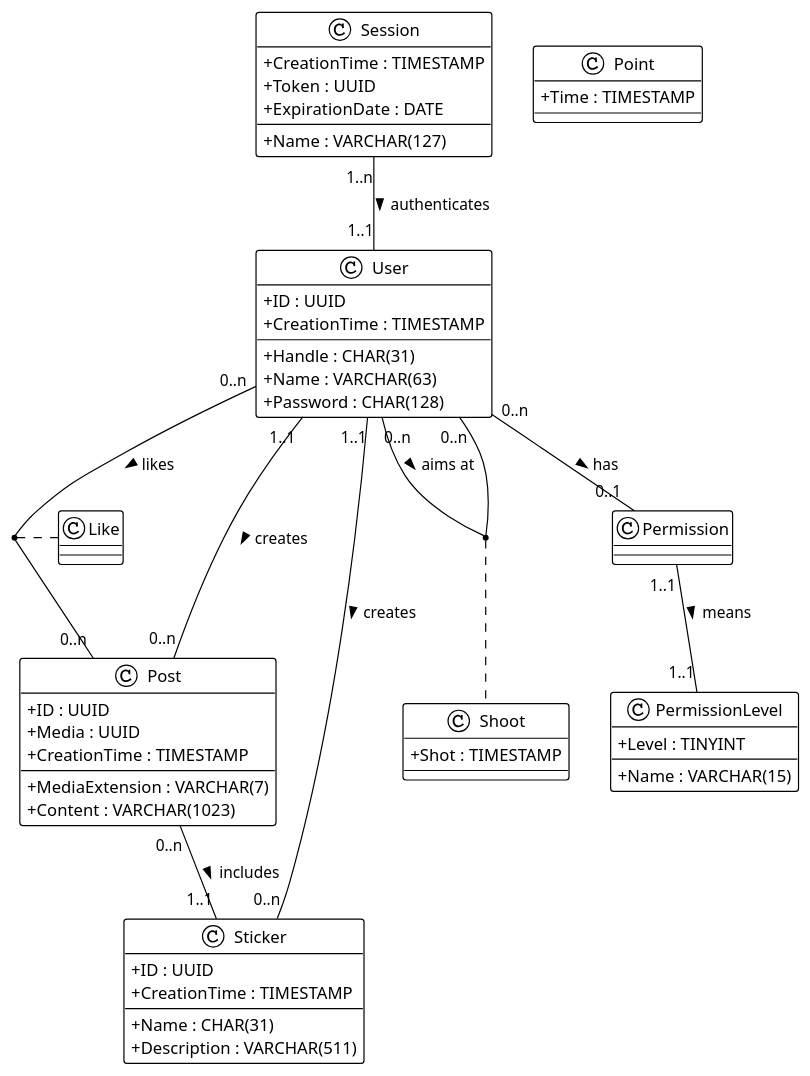
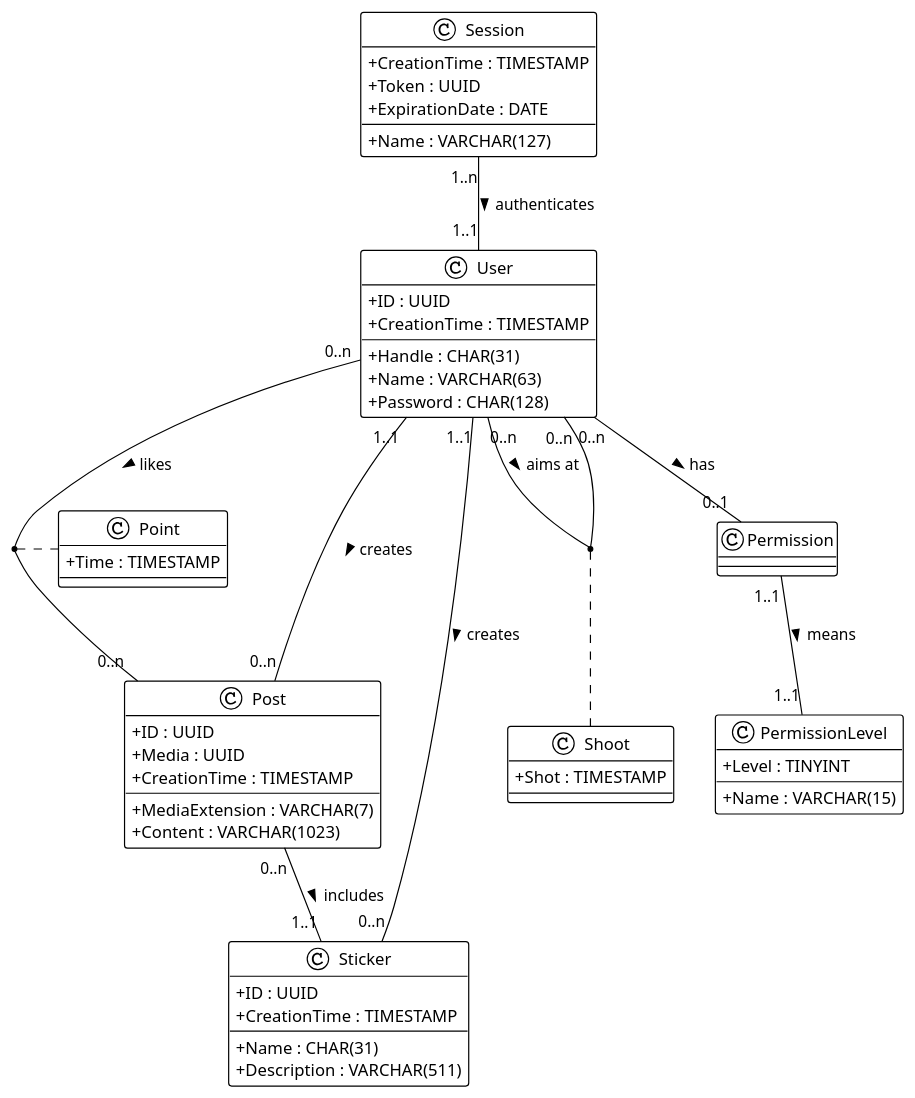
Before and after one commit to luca-baeck/Soziales-Netzwerk: the diagram in doc/hiddlestick.puml, drawn with PlantUML. The commit also changed 1 other file, not shown here.

Commit message:
Corrected the UML diagram by replacing Like with Point

```diff
--- a/doc/hiddlestick.puml
+++ b/doc/hiddlestick.puml
@@ -1,87 +1,87 @@
 @startuml hiddlestick
 
 !theme plain
 skinparam ClassAttributeIconSize 0
 
 class User{
     + ID : UUID
     + Handle : CHAR(31)
     + Name : VARCHAR(63)
     + Password : CHAR(128)
     + CreationTime : TIMESTAMP
 }
 
 class Post{
     + ID : UUID
     /'
     /+ CreatorID : UUID
     /+ StickerID : UUID
     '/
     + Media : UUID
     + MediaExtension : VARCHAR(7)
     + Content : VARCHAR(1023)
     + CreationTime : TIMESTAMP
 }
 
 class Sticker{
     + ID : UUID
     + Name : CHAR(31)
     /'
     /+ CreatorID : UUID
     '/
     + Description : VARCHAR(511)
     + CreationTime : TIMESTAMP
 }
 
 User "0..n" -- "0..n" User : aims at >
 (User, User) . Shoot
 User "1..1" -- "0..n" Post : creates >
 User "1..1" -- "0..n" Sticker : creates >
 Post "0..n" -- "1..1" Sticker : includes >
 User "0..n" -- "0..n" Post : likes >
 Session "1..n" -- "1..1" User : authenticates >
 User "0..n" -- "0..1" Permission : has >
 Permission "1..1" -- "1..1" PermissionLevel : means >
-(User, Post) . Like
+(User, Post) . Point
 
 class Shoot{
     /'
     /+ Target : UUID
     /+ Archer : UUID
     '/
     + Shot : TIMESTAMP
 }
 
 class Point{
     /'
     /+ PostID : UUID
     /+ UserID : UUID
     '/
     + Time : TIMESTAMP
 }
 
 class Session{
     /'
     /+ UserID : UUID
     '/
     + CreationTime : TIMESTAMP
     + Name : VARCHAR(127)
     + Token : UUID
     + ExpirationDate : DATE
 }
 
 class Permission{
     /'
     /+ UserID : UUID
     '/
     /'
     /+ Level : TINYINT
     '/
 }
 
 class PermissionLevel{
     + Level : TINYINT
     + Name : VARCHAR(15)
 }
 
 @enduml
```
